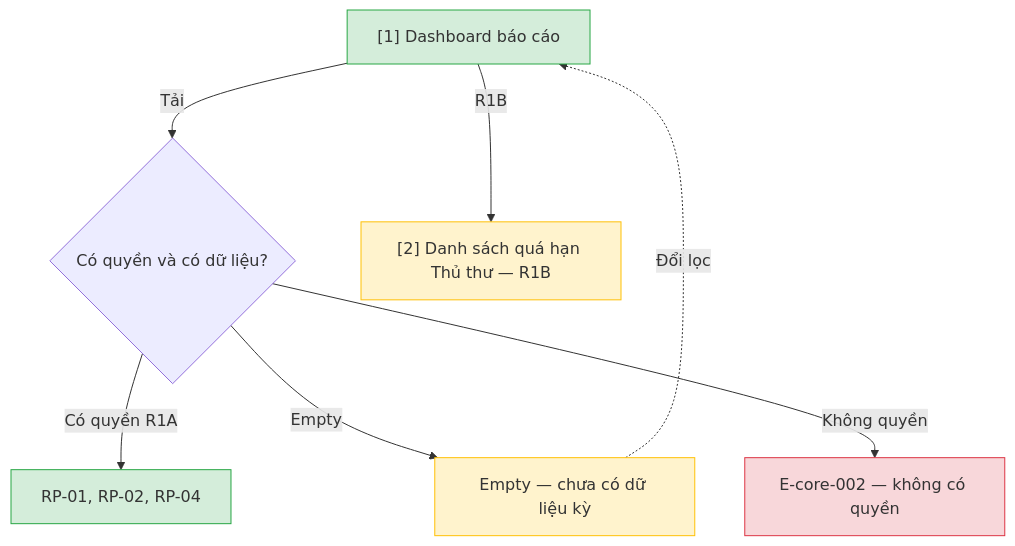
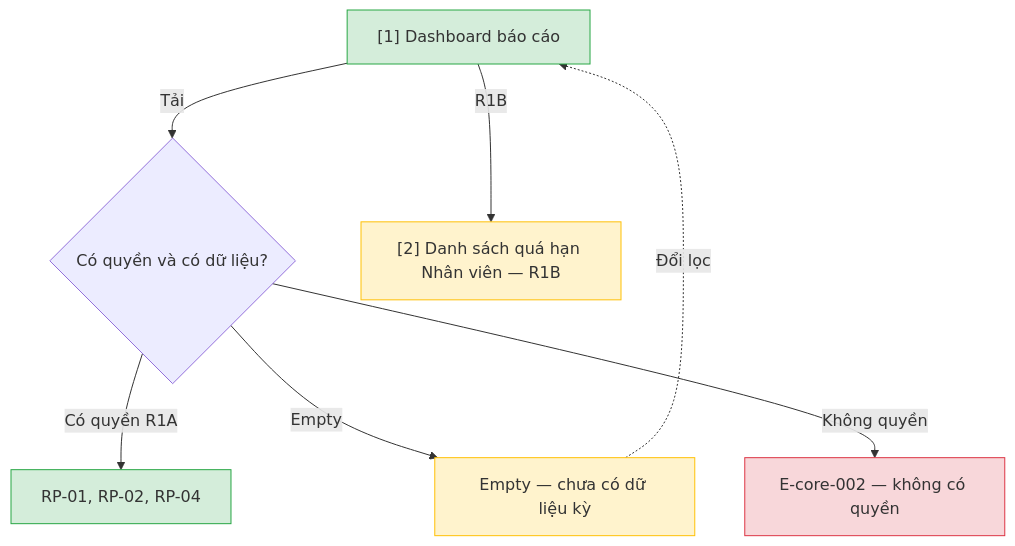
One commit to DatTran26/quanlythuvien changed the diagram in docs/features/ops-reports/srs/ops-reports-userflow.md. Above: the diagram before and after it, drawn with Mermaid. The commit also changed other lines of this file and 250 other files, not shown here.

````diff
--- a/docs/features/ops-reports/srs/ops-reports-userflow.md
+++ b/docs/features/ops-reports/srs/ops-reports-userflow.md
@@ -16,23 +16,23 @@
 ```mermaid
 flowchart TD
     n1["[1] Dashboard báo cáo"]
     d1{"Có quyền và có dữ liệu?"}
     r1["RP-01, RP-02, RP-04"]
-    n2["[2] Danh sách quá hạn Thủ thư — R1B"]
+    n2["[2] Danh sách quá hạn Nhân viên — R1B"]
     e1["E-core-002 — không có quyền"]
     empty["Empty — chưa có dữ liệu kỳ"]
 
     n1 -->|"Tải"| d1
     d1 -->|"Có quyền R1A"| r1
     d1 -->|"Empty"| empty
     d1 -->|"Không quyền"| e1
     empty -.->|"Đổi lọc"| n1
     n1 -->|"R1B"| n2
 
     classDef happy fill:#d4edda,stroke:#28a745
     classDef error fill:#f8d7da,stroke:#dc3545
     classDef edge fill:#fff3cd,stroke:#ffc107
     class n1,r1 happy
     class e1 error
     class n2,empty edge
 ```
````
